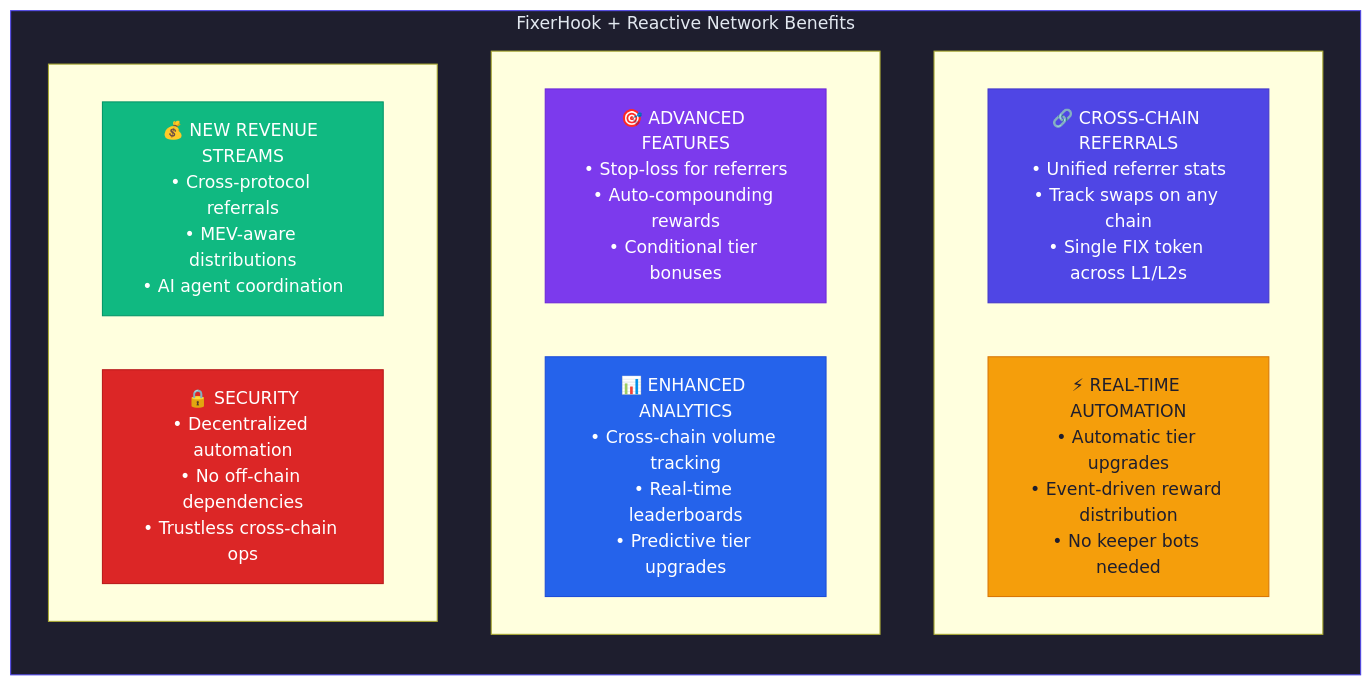
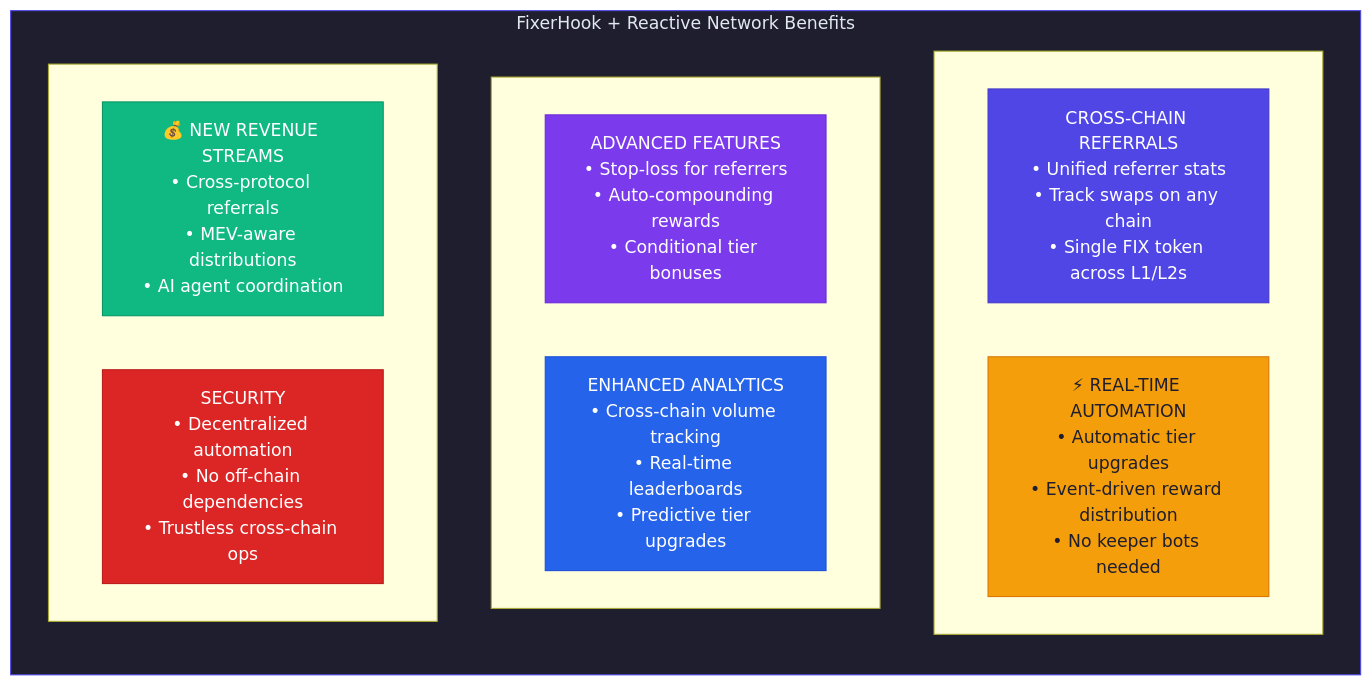
The second of 8 diagrams in docs/REACTIVE_NETWORK_INTEGRATION.md (guglxni/the-fixer-hook), drawn with Mermaid before and after one commit. The commit also changed other lines of this file and 15 other files, not shown here.

````diff
--- a/docs/REACTIVE_NETWORK_INTEGRATION.md
+++ b/docs/REACTIVE_NETWORK_INTEGRATION.md
@@ -90,29 +90,29 @@
 ```mermaid
 flowchart TD
     subgraph benefits["FixerHook + Reactive Network Benefits"]
         direction TB
         subgraph row1[" "]
             direction LR
-            B1["🔗 CROSS-CHAIN REFERRALS\n• Unified referrer stats\n• Track swaps on any chain\n• Single FIX token across L1/L2s"]
+            B1["CROSS-CHAIN REFERRALS\n• Unified referrer stats\n• Track swaps on any chain\n• Single FIX token across L1/L2s"]
             B2["⚡ REAL-TIME AUTOMATION\n• Automatic tier upgrades\n• Event-driven reward distribution\n• No keeper bots needed"]
         end
         subgraph row2[" "]
             direction LR
-            B3["🎯 ADVANCED FEATURES\n• Stop-loss for referrers\n• Auto-compounding rewards\n• Conditional tier bonuses"]
-            B4["📊 ENHANCED ANALYTICS\n• Cross-chain volume tracking\n• Real-time leaderboards\n• Predictive tier upgrades"]
+            B3["ADVANCED FEATURES\n• Stop-loss for referrers\n• Auto-compounding rewards\n• Conditional tier bonuses"]
+            B4["ENHANCED ANALYTICS\n• Cross-chain volume tracking\n• Real-time leaderboards\n• Predictive tier upgrades"]
         end
         subgraph row3[" "]
             direction LR
             B5["💰 NEW REVENUE STREAMS\n• Cross-protocol referrals\n• MEV-aware distributions\n• AI agent coordination"]
-            B6["🔒 SECURITY\n• Decentralized automation\n• No off-chain dependencies\n• Trustless cross-chain ops"]
+            B6["SECURITY\n• Decentralized automation\n• No off-chain dependencies\n• Trustless cross-chain ops"]
         end
     end
 
     style benefits fill:#1E1E2E,color:#E2E8F0,stroke:#4F46E5
     style B1 fill:#4F46E5,color:#FFFFFF,stroke:#4338CA
     style B2 fill:#F59E0B,color:#1E1E2E,stroke:#D97706
     style B3 fill:#7C3AED,color:#FFFFFF,stroke:#6D28D9
     style B4 fill:#2563EB,color:#FFFFFF,stroke:#1D4ED8
     style B5 fill:#10B981,color:#FFFFFF,stroke:#059669
     style B6 fill:#DC2626,color:#FFFFFF,stroke:#B91C1C
 ```
````
